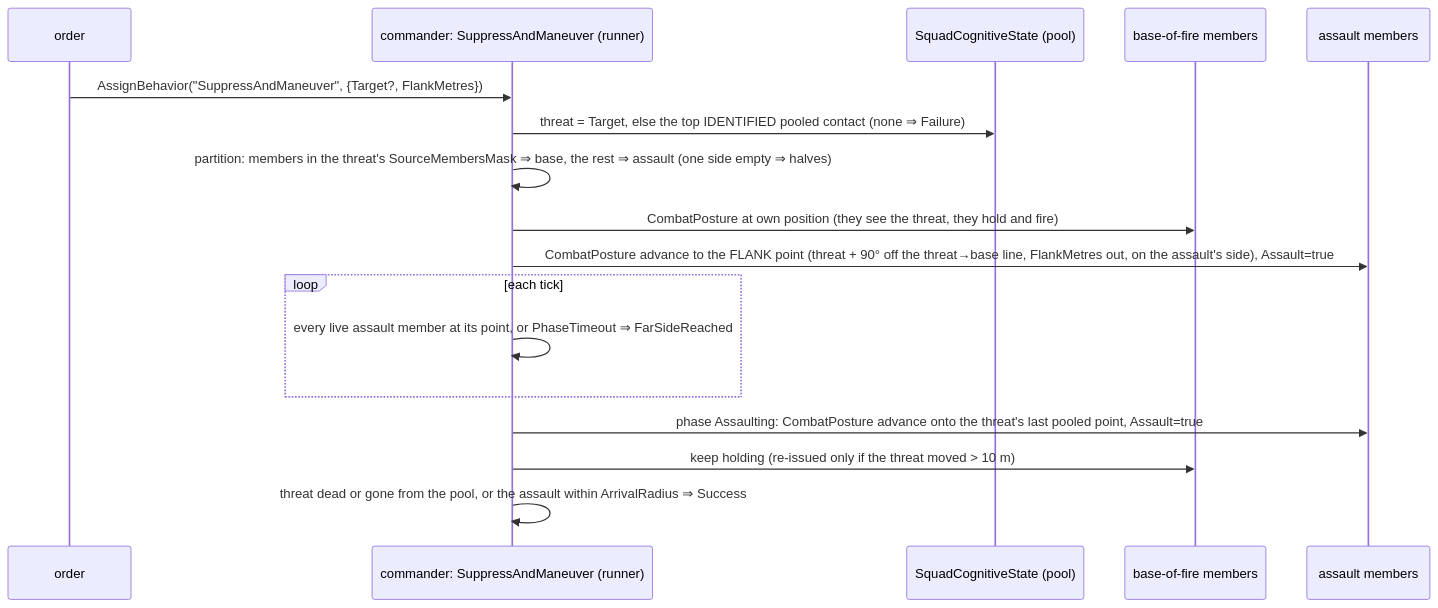
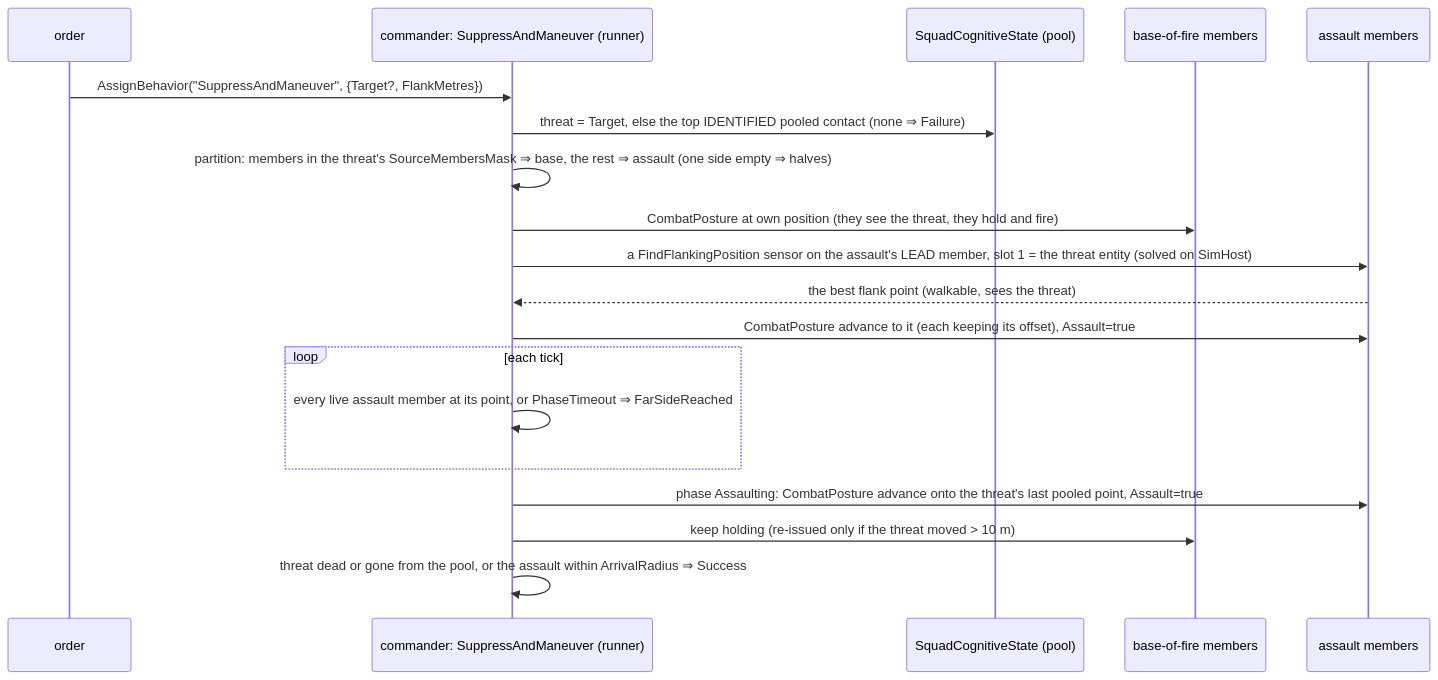
One commit to pjanec/HROT changed the fourth of 10 diagrams in docs/designs/group-maneuvers/DESIGN_Squad_Tactics.md. Above: the diagram before and after it, drawn with Mermaid. The commit also changed other lines of this file and 2 other files, not shown here.

````diff
--- a/docs/designs/group-maneuvers/DESIGN_Squad_Tactics.md
+++ b/docs/designs/group-maneuvers/DESIGN_Squad_Tactics.md
@@ -122,19 +144,21 @@
 ```mermaid
 sequenceDiagram
   participant O as order
   participant C as commander: SuppressAndManeuver (runner)
   participant P as SquadCognitiveState (pool)
   participant B as base-of-fire members
   participant A as assault members
   O->>C: AssignBehavior("SuppressAndManeuver", {Target?, FlankMetres})
   C->>P: threat = Target, else the top IDENTIFIED pooled contact (none ⇒ Failure)
   C->>C: partition: members in the threat's SourceMembersMask ⇒ base, the rest ⇒ assault (one side empty ⇒ halves)
   C->>B: CombatPosture at own position (they see the threat, they hold and fire)
-  C->>A: CombatPosture advance to the FLANK point (threat + 90° off the threat→base line, FlankMetres out, on the assault's side), Assault=true
+  C->>A: a FindFlankingPosition sensor on the assault's LEAD member, slot 1 = the threat entity (solved on SimHost)
+  A-->>C: the best flank point (walkable, sees the threat)
+  C->>A: CombatPosture advance to it (each keeping its offset), Assault=true
   loop each tick
     C->>C: every live assault member at its point, or PhaseTimeout ⇒ FarSideReached
   end
   C->>A: phase Assaulting: CombatPosture advance onto the threat's last pooled point, Assault=true
   C->>B: keep holding (re-issued only if the threat moved > 10 m)
   C->>C: threat dead or gone from the pool, or the assault within ArrivalRadius ⇒ Success
 ```
````
